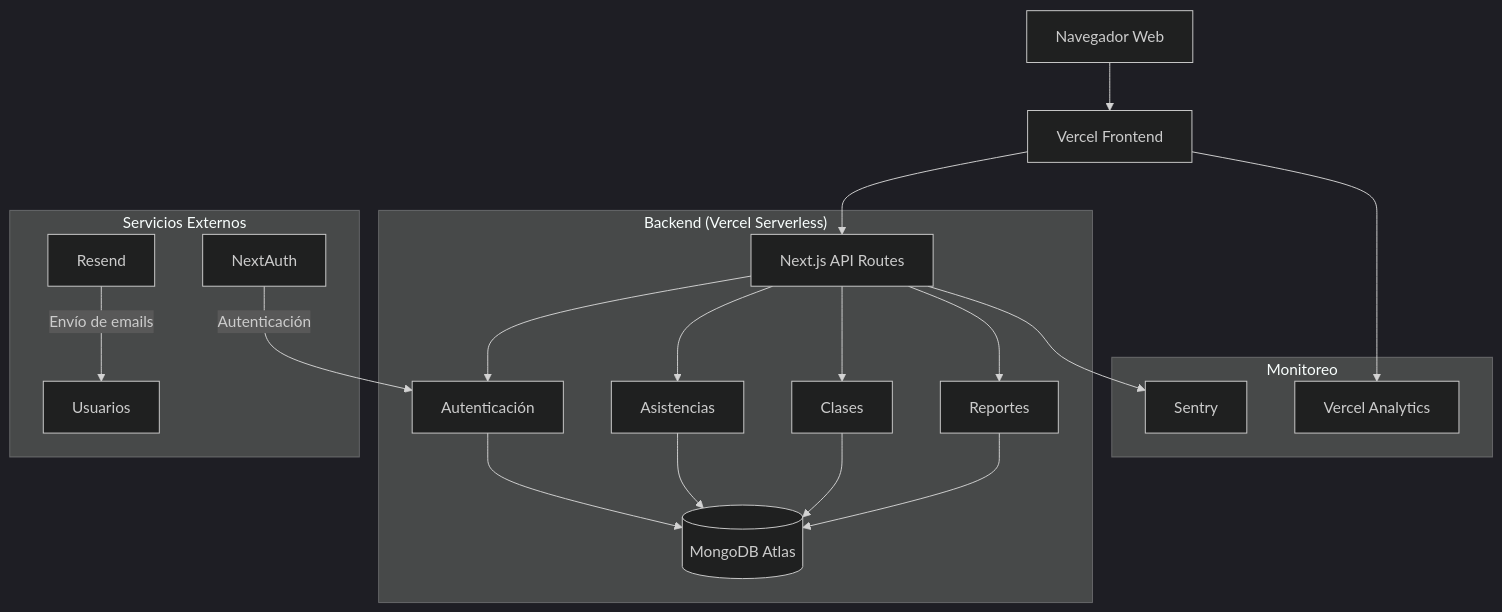
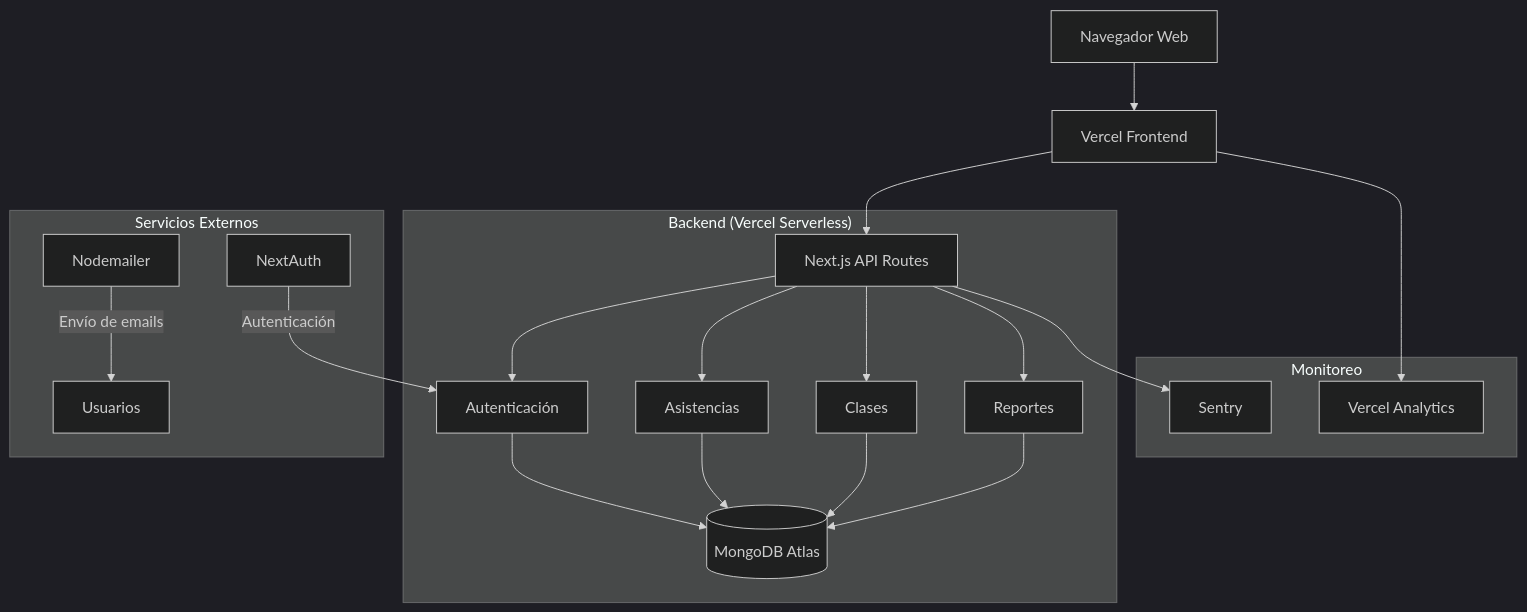
One commit to Manuekle/gestion-asistencias-docente changed the diagram in docs/architecture/04_CONTAINER_DIAGRAM.md. Above: the diagram before and after it, drawn with Mermaid (dark theme). The commit also changed 19 other files, not shown here.

````diff
--- a/docs/architecture/04_CONTAINER_DIAGRAM.md
+++ b/docs/architecture/04_CONTAINER_DIAGRAM.md
@@ -3,29 +3,29 @@
 ```mermaid
 graph TD
     A[Navegador Web] --> B[Vercel Frontend] --> C[Next.js API Routes]
 
     subgraph "Backend (Vercel Serverless)"
         C --> D[Autenticación]
         C --> E[Asistencias]
         C --> F[Clases]
         C --> G[Reportes]
 
         D --> H[(MongoDB Atlas)]
         E --> H
         F --> H
         G --> H
     end
 
     subgraph "Servicios Externos"
-        I[Resend] -->|Envío de emails| J[Usuarios]
+        I[Nodemailer] -->|Envío de emails| J[Usuarios]
         K[NextAuth] -->|Autenticación| D
     end
 
     subgraph "Monitoreo"
         L[Vercel Analytics]
         M[Sentry]
     end
 
     B --> L
     C --> M
 ```
````
